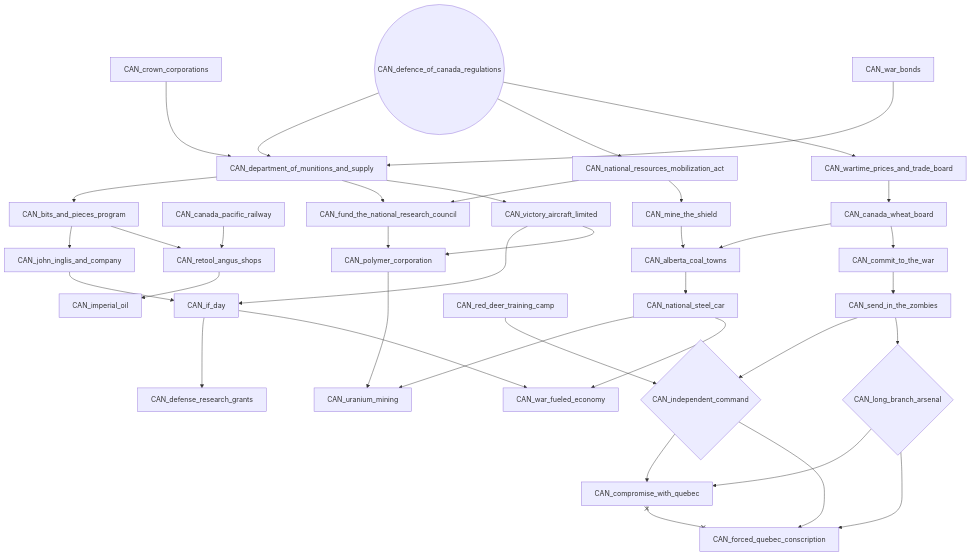
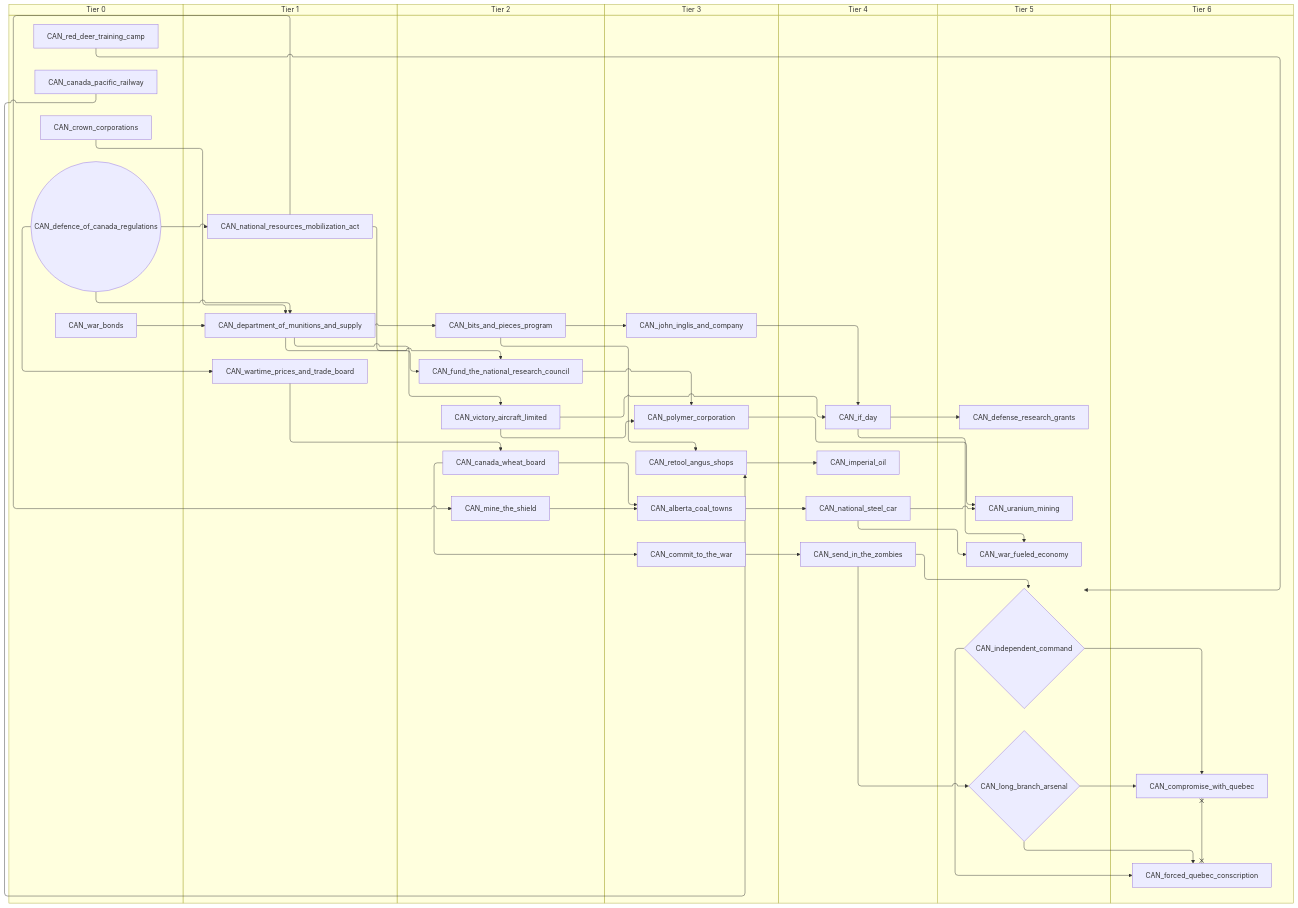
Before and after one commit to evgeny-sobol/hoi4-sandbox-mode: the third of 9 diagrams in docs/gdd/National Focuses/canada.md, drawn with Mermaid. The commit also changed other lines of this file and 80 other files, not shown here.

First line of the commit message:
Add swimlane mode to focus graph exporter

````diff
--- a/docs/gdd/National Focuses/canada.md
+++ b/docs/gdd/National Focuses/canada.md
@@ -96,69 +120,83 @@
 ```mermaid
-flowchart TD
-    n39["CAN_alberta_coal_towns"]
-    n18["CAN_bits_and_pieces_program"]
-    n19["CAN_canada_pacific_railway"]
-    n40["CAN_canada_wheat_board"]
-    n41["CAN_commit_to_the_war"]
-    n6["CAN_compromise_with_quebec"]
-    n20["CAN_crown_corporations"]
-    n21(("CAN_defence_of_canada_regulations"))
-    n22["CAN_defense_research_grants"]
-    n23["CAN_department_of_munitions_and_supply"]
-    n7["CAN_forced_quebec_conscription"]
-    n25["CAN_fund_the_national_research_council"]
-    n26["CAN_if_day"]
-    n27["CAN_imperial_oil"]
-    n8{"CAN_independent_command"}
-    n28["CAN_john_inglis_and_company"]
-    n9{"CAN_long_branch_arsenal"}
-    n42["CAN_mine_the_shield"]
-    n30["CAN_national_resources_mobilization_act"]
-    n31["CAN_national_steel_car"]
-    n32["CAN_polymer_corporation"]
-    n10["CAN_red_deer_training_camp"]
-    n33["CAN_retool_angus_shops"]
-    n12["CAN_send_in_the_zombies"]
-    n35["CAN_uranium_mining"]
-    n36["CAN_victory_aircraft_limited"]
-    n37["CAN_war_bonds"]
-    n38["CAN_war_fueled_economy"]
-    n43["CAN_wartime_prices_and_trade_board"]
-    n42 --> n39
-    n40 --> n39
-    n23 --> n18
-    n43 --> n40
-    n40 --> n41
-    n9 --> n6
-    n8 --> n6
-    n26 --> n22
-    n20 --> n23
-    n21 --> n23
-    n37 --> n23
-    n9 --> n7
-    n8 --> n7
-    n23 --> n25
-    n30 --> n25
-    n28 --> n26
-    n36 --> n26
-    n33 --> n27
-    n12 --> n8
-    n10 --> n8
-    n18 --> n28
-    n12 --> n9
-    n30 --> n42
-    n21 --> n30
-    n39 --> n31
-    n36 --> n32
-    n25 --> n32
-    n19 --> n33
+swimlane-beta TD
+    subgraph tier_0["Tier 0"]
+        n18["CAN_canada_pacific_railway"]
+        n19["CAN_crown_corporations"]
+        n20(("CAN_defence_of_canada_regulations"))
+        n11["CAN_red_deer_training_camp"]
+        n24["CAN_war_bonds"]
+    end
+    subgraph tier_1["Tier 1"]
+        n25["CAN_department_of_munitions_and_supply"]
+        n21["CAN_national_resources_mobilization_act"]
+        n39["CAN_wartime_prices_and_trade_board"]
+    end
+    subgraph tier_2["Tier 2"]
+        n27["CAN_bits_and_pieces_program"]
+        n40["CAN_canada_wheat_board"]
+        n29["CAN_fund_the_national_research_council"]
+        n41["CAN_mine_the_shield"]
+        n30["CAN_victory_aircraft_limited"]
+    end
+    subgraph tier_3["Tier 3"]
+        n42["CAN_alberta_coal_towns"]
+        n43["CAN_commit_to_the_war"]
+        n31["CAN_john_inglis_and_company"]
+        n32["CAN_polymer_corporation"]
+        n33["CAN_retool_angus_shops"]
+    end
+    subgraph tier_4["Tier 4"]
+        n34["CAN_if_day"]
+        n35["CAN_imperial_oil"]
+        n22["CAN_national_steel_car"]
+        n3["CAN_send_in_the_zombies"]
+    end
+    subgraph tier_5["Tier 5"]
+        n37["CAN_defense_research_grants"]
+        n12{"CAN_independent_command"}
+        n2{"CAN_long_branch_arsenal"}
+        n36["CAN_uranium_mining"]
+        n38["CAN_war_fueled_economy"]
+    end
+    subgraph tier_6["Tier 6"]
+        n16["CAN_compromise_with_quebec"]
+        n17["CAN_forced_quebec_conscription"]
+    end
+    n41 --> n42
+    n40 --> n42
+    n25 --> n27
+    n39 --> n40
+    n40 --> n43
+    n2 --> n16
+    n12 --> n16
+    n34 --> n37
+    n19 --> n25
+    n20 --> n25
+    n24 --> n25
+    n2 --> n17
+    n12 --> n17
+    n25 --> n29
+    n21 --> n29
+    n31 --> n34
+    n30 --> n34
+    n33 --> n35
+    n3 --> n12
+    n11 --> n12
+    n27 --> n31
+    n3 --> n2
+    n21 --> n41
+    n20 --> n21
+    n42 --> n22
+    n30 --> n32
+    n29 --> n32
     n18 --> n33
-    n41 --> n12
-    n32 --> n35
-    n31 --> n35
-    n23 --> n36
-    n31 --> n38
-    n26 --> n38
-    n21 --> n43
-    n6 x--x n7
+    n27 --> n33
+    n43 --> n3
+    n32 --> n36
+    n22 --> n36
+    n25 --> n30
+    n22 --> n38
+    n34 --> n38
+    n20 --> n39
+    n16 x--x n17
 ```
````
